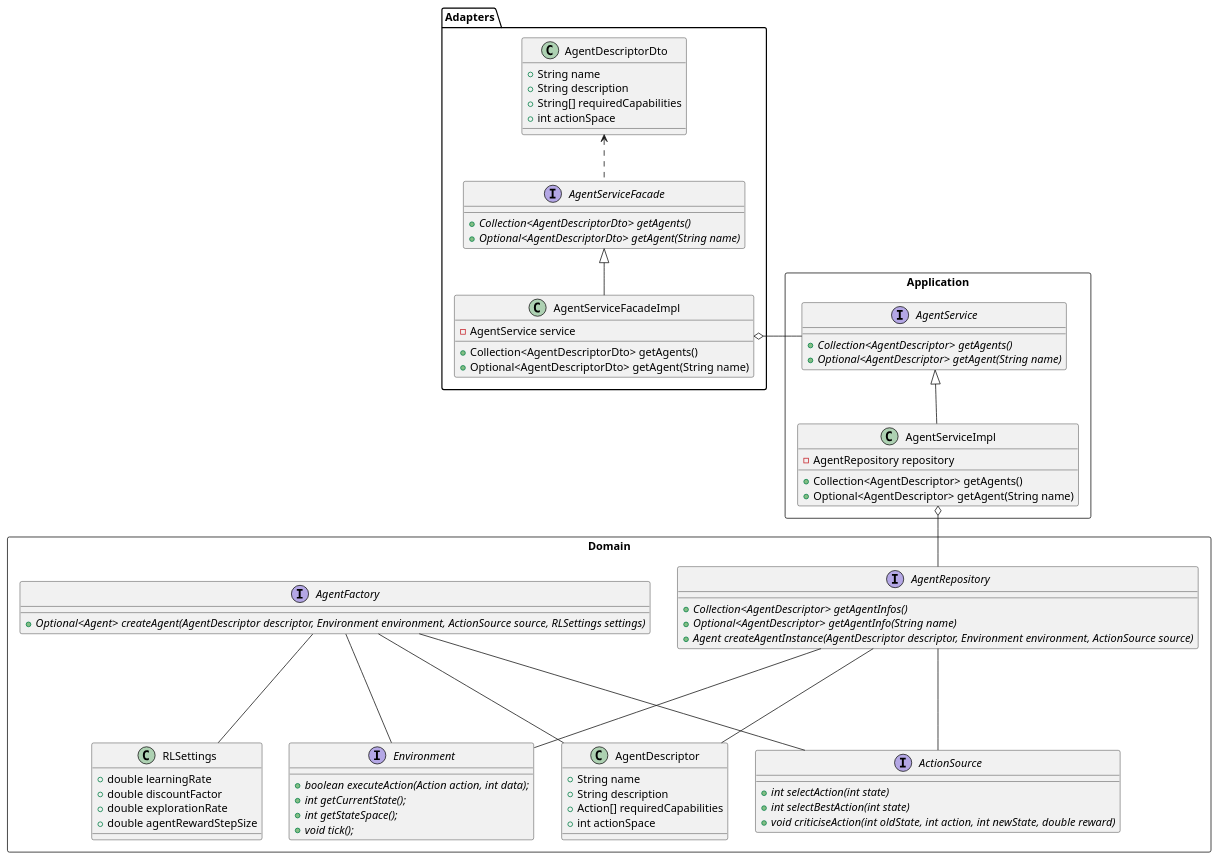
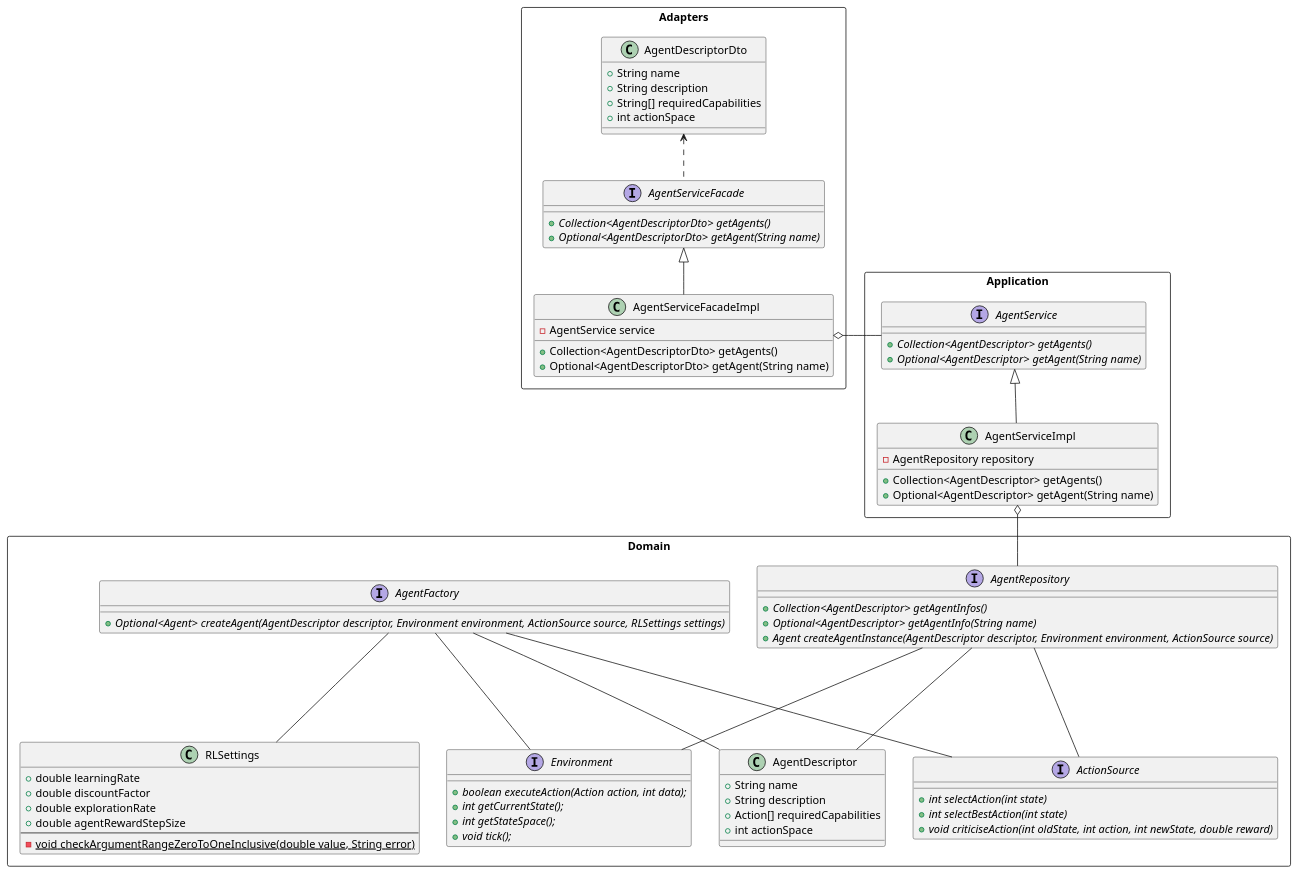
The diagram in uml/dependencyRulePositiv2.puml (jatsqi/ASE-Reinforcement-Learning), drawn with PlantUML before and after one commit. The commit also changed 3 other files, not shown here.

```diff
--- a/uml/dependencyRulePositiv2.puml
+++ b/uml/dependencyRulePositiv2.puml
@@ -1,92 +1,94 @@
 @startuml
 
 package Domain <<Rectangle>> {
     interface AgentFactory {
         +{abstract}Optional<Agent> createAgent(AgentDescriptor descriptor, Environment environment, ActionSource source, RLSettings settings)
 
     }
 
     class AgentDescriptor {
         +String name
         +String description
         +Action[] requiredCapabilities
         +int actionSpace
     }
 
     interface ActionSource {
         +{abstract}int selectAction(int state)
         +{abstract}int selectBestAction(int state)
         +{abstract}void criticiseAction(int oldState, int action, int newState, double reward)
     }
 
     interface Environment {
         +{abstract}boolean executeAction(Action action, int data);
         +{abstract}int getCurrentState();
         +{abstract}int getStateSpace();
         +{abstract}void tick();
     }
 
     class RLSettings {
         +double learningRate
         +double discountFactor
         +double explorationRate
         +double agentRewardStepSize
+        ---
+        -{static} void checkArgumentRangeZeroToOneInclusive(double value, String error)
     }
 
     interface AgentRepository {
         +{abstract}Collection<AgentDescriptor> getAgentInfos()
         +{abstract}Optional<AgentDescriptor> getAgentInfo(String name)
         +{abstract}Agent createAgentInstance(AgentDescriptor descriptor, Environment environment, ActionSource source)
     }
 }
 
 package Application <<Rectangle>> {
     interface AgentService {
         +{abstract}Collection<AgentDescriptor> getAgents()
         +{abstract}Optional<AgentDescriptor> getAgent(String name)
     }
 
     class AgentServiceImpl {
         -AgentRepository repository
         +Collection<AgentDescriptor> getAgents()
         +Optional<AgentDescriptor> getAgent(String name)
     }
 }
 
-package Adapters {
+package Adapters <<Rectangle>> {
     class AgentDescriptorDto {
         +String name
         +String description
         +String[] requiredCapabilities
         +int actionSpace
     }
 
     interface AgentServiceFacade {
         +{abstract}Collection<AgentDescriptorDto> getAgents()
         +{abstract}Optional<AgentDescriptorDto> getAgent(String name)
     }
 
     class AgentServiceFacadeImpl {
         -AgentService service
         +Collection<AgentDescriptorDto> getAgents()
         +Optional<AgentDescriptorDto> getAgent(String name)
     }
 }
 
 AgentFactory --- AgentDescriptor
 AgentFactory --- RLSettings
 AgentFactory --- Environment
 AgentFactory --- ActionSource
 
 AgentServiceImpl o-- AgentRepository
 AgentService <|-- AgentServiceImpl
 
 AgentRepository --- Environment
 AgentRepository --- AgentDescriptor
 AgentRepository --- ActionSource
 
 AgentDescriptorDto <.. AgentServiceFacade
 AgentServiceFacade <|-- AgentServiceFacadeImpl
 AgentServiceFacadeImpl o--right AgentService
 
 @enduml
```
